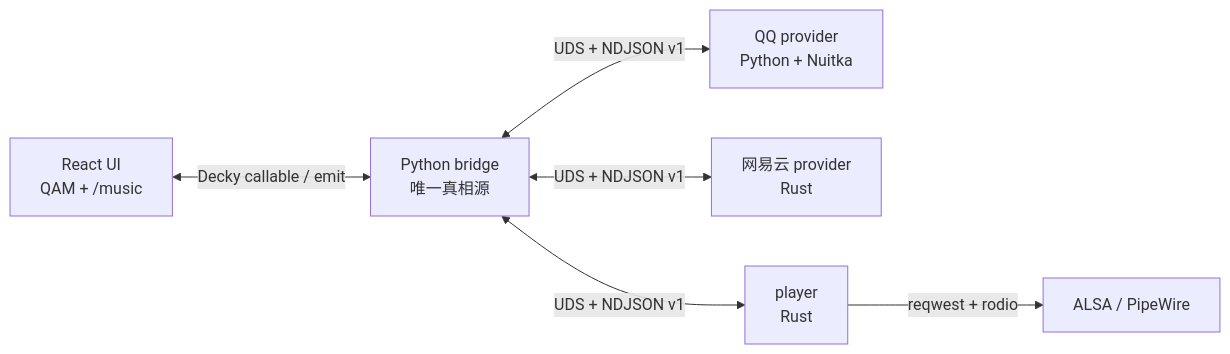
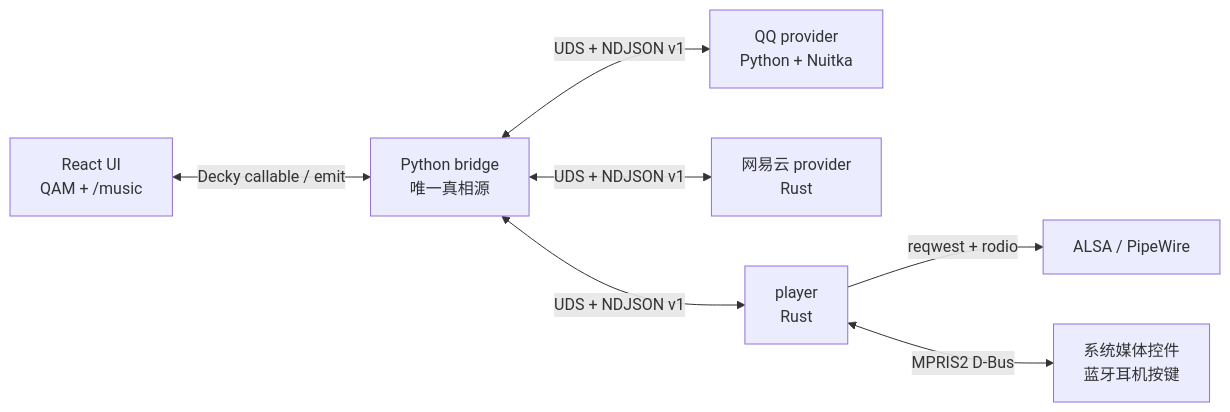
One commit to jinzhongjia/decky-music changed the diagram in README.md. Above: the diagram before and after it, drawn with Mermaid. The commit also changed other lines of this file and 1 other file, not shown here.

````diff
--- a/README.md
+++ b/README.md
@@ -113,8 +135,9 @@
 ```mermaid
 graph LR
   UI[React UI<br/>QAM + /music] <-->|Decky callable / emit| BR[Python bridge<br/>唯一真相源]
   BR <-->|UDS + NDJSON v1| QQ[QQ provider<br/>Python + Nuitka]
   BR <-->|UDS + NDJSON v1| NCM[网易云 provider<br/>Rust]
   BR <-->|UDS + NDJSON v1| PLAYER[player<br/>Rust]
   PLAYER -->|reqwest + rodio| AUDIO[ALSA / PipeWire]
+  PLAYER <-->|MPRIS2 D-Bus| MEDIA[系统媒体控件<br/>蓝牙耳机按键]
 ```
````
